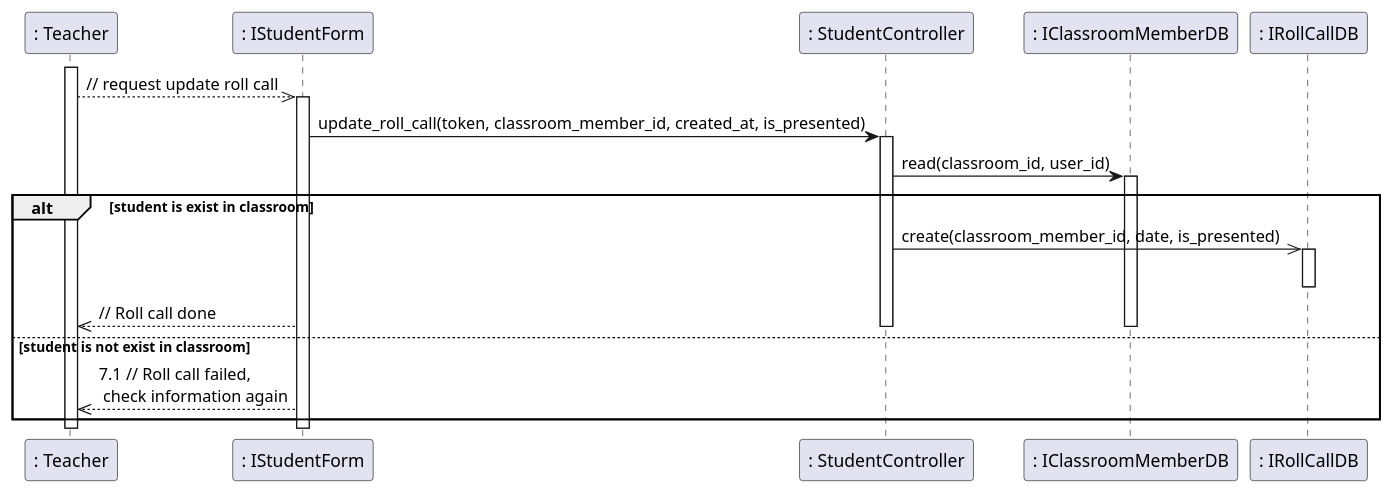
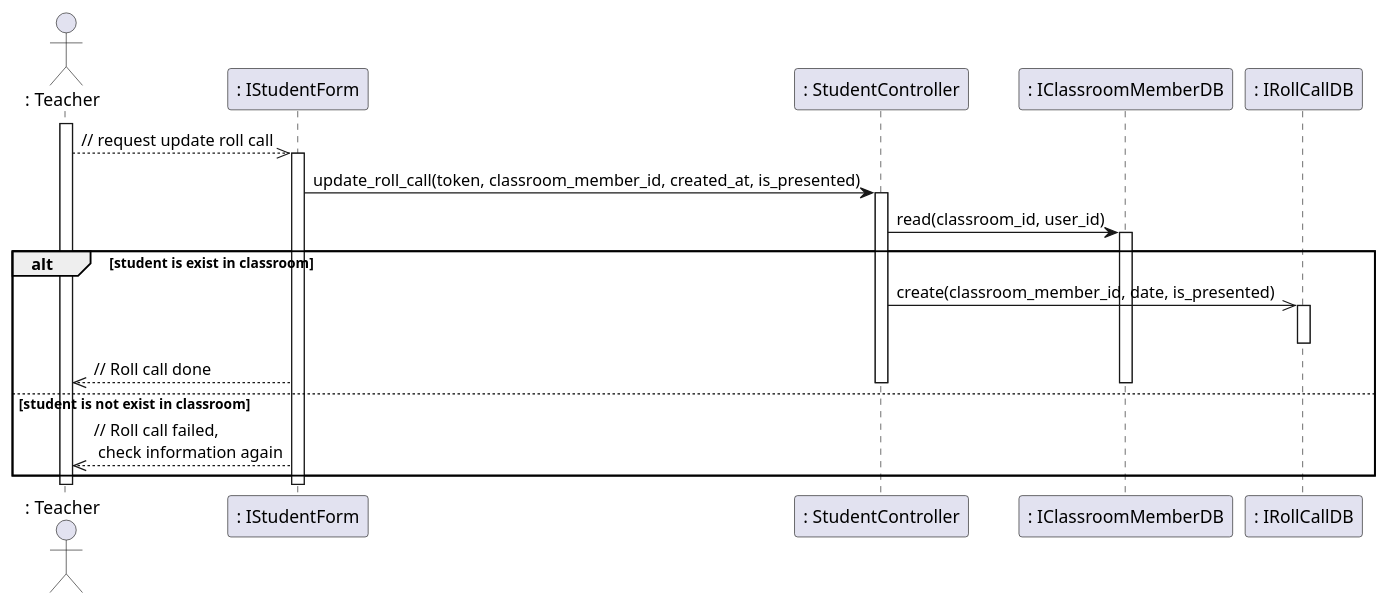
One commit to anonyhostvn/OOAD-Diagram changed the diagram in sequence - design/rollcall/updateRollCall.plantuml. Above: the diagram before and after it, drawn with PlantUML. The commit also changed 7 other files, not shown here.

Commit message:
fix sequence design actor icon _ 1

```diff
--- a/sequence - design/rollcall/updateRollCall.plantuml
+++ b/sequence - design/rollcall/updateRollCall.plantuml
@@ -1,27 +1,28 @@
 @startuml updateRollCall
 
+actor ": Teacher"
 activate ": Teacher"
 
 ": Teacher" -->> ": IStudentForm": // request update roll call
 activate ": IStudentForm"
 ": IStudentForm" -> ": StudentController": update_roll_call(token, classroom_member_id, created_at, is_presented)
 activate ": StudentController"
 ": StudentController" -> ": IClassroomMemberDB": read(classroom_id, user_id)
 activate ": IClassroomMemberDB"
 alt student is exist in classroom
     ": StudentController" ->> ": IRollCallDB": create(classroom_member_id, date, is_presented)
     activate ": IRollCallDB"
     deactivate ": IRollCallDB"
     ": IStudentForm" -->> ": Teacher": // Roll call done
 else student is not exist in classroom
     deactivate ": IClassroomMemberDB"
     deactivate ": StudentController"
-    ": IStudentForm" -->> ": Teacher": 7.1 // Roll call failed,\n check information again
+    ": IStudentForm" -->> ": Teacher": // Roll call failed,\n check information again
 end
 
 deactivate ": IStudentForm"
 deactivate ": Teacher"
 
 
 
 @enduml
```
